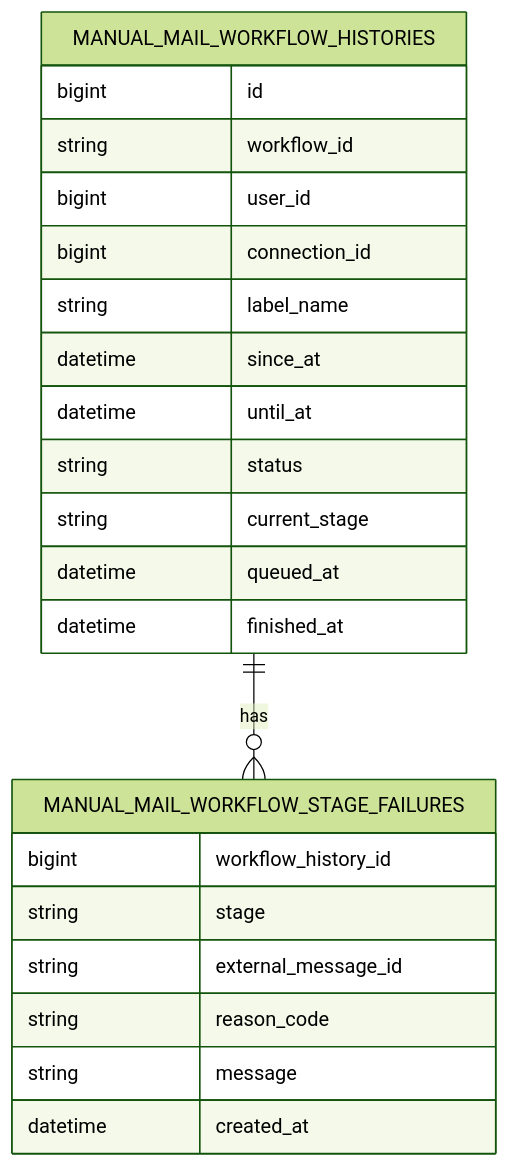
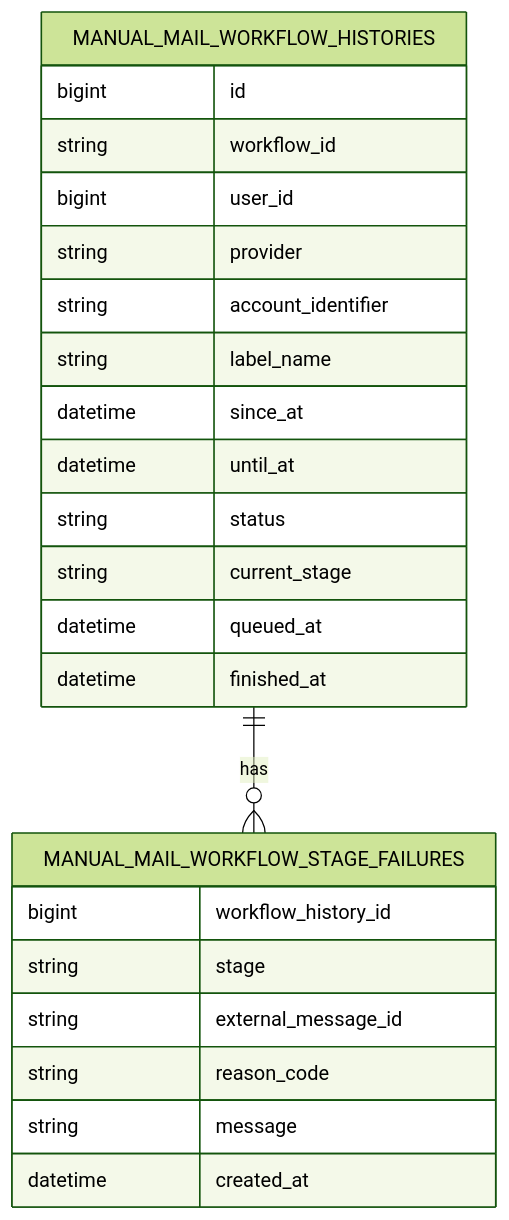
Before and after one commit to shrimptails-f/billingrse_backend: the fourth of 4 diagrams in docs/spec/manualmailworkflow/basicDesign.md, drawn with Mermaid (forest theme). The commit also changed 14 other files, not shown here.

````diff
--- a/docs/spec/manualmailworkflow/basicDesign.md
+++ b/docs/spec/manualmailworkflow/basicDesign.md
@@ -125,27 +125,28 @@
 ```mermaid
 erDiagram
   MANUAL_MAIL_WORKFLOW_HISTORIES ||--o{ MANUAL_MAIL_WORKFLOW_STAGE_FAILURES : has
 
   MANUAL_MAIL_WORKFLOW_HISTORIES {
     bigint id
     string workflow_id
     bigint user_id
-    bigint connection_id
+    string provider
+    string account_identifier
     string label_name
     datetime since_at
     datetime until_at
     string status
     string current_stage
     datetime queued_at
     datetime finished_at
   }
 
   MANUAL_MAIL_WORKFLOW_STAGE_FAILURES {
     bigint workflow_history_id
     string stage
     string external_message_id
     string reason_code
     string message
     datetime created_at
   }
 ```
````
